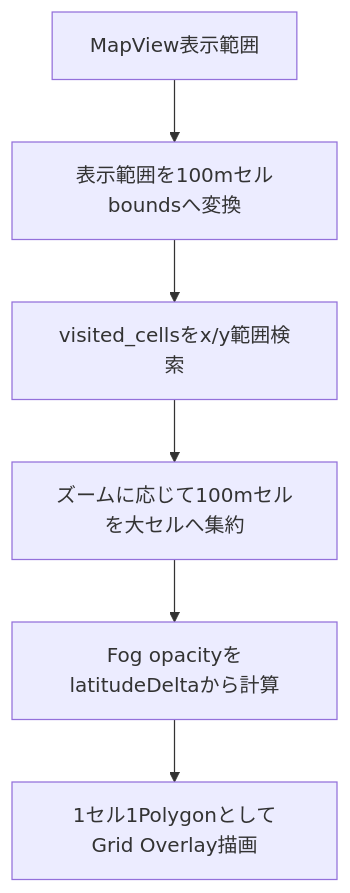
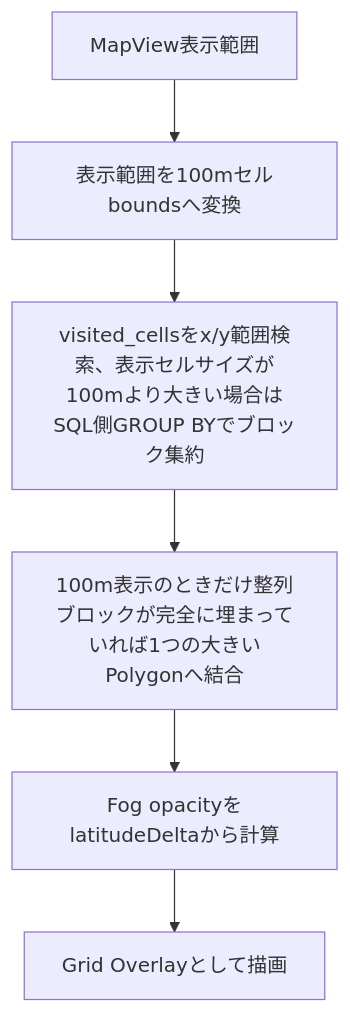
One commit to kazuki19992/strollia changed the third of 3 diagrams in docs/architecture.md. Above: the diagram before and after it, drawn with Mermaid. The commit also changed 6 other files, not shown here.

````diff
--- a/docs/architecture.md
+++ b/docs/architecture.md
@@ -141,8 +141,8 @@
 ```mermaid
 flowchart TD
   A[MapView表示範囲] --> B[表示範囲を100mセルboundsへ変換]
-  B --> C[visited_cellsをx/y範囲検索]
-  C --> D[ズームに応じて100mセルを大セルへ集約]
+  B --> C[visited_cellsをx/y範囲検索、表示セルサイズが100mより大きい場合はSQL側GROUP BYでブロック集約]
+  C --> D[100m表示のときだけ整列ブロックが完全に埋まっていれば1つの大きいPolygonへ結合]
   D --> E[Fog opacityをlatitudeDeltaから計算]
-  E --> F[1セル1PolygonとしてGrid Overlay描画]
+  E --> F[Grid Overlayとして描画]
 ```
````
